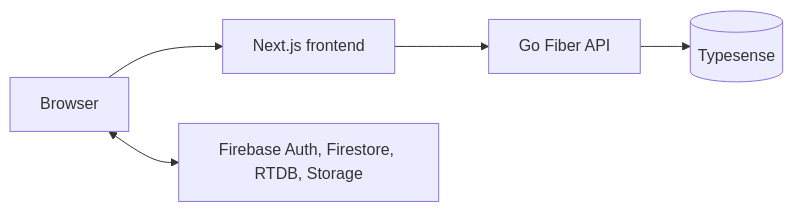
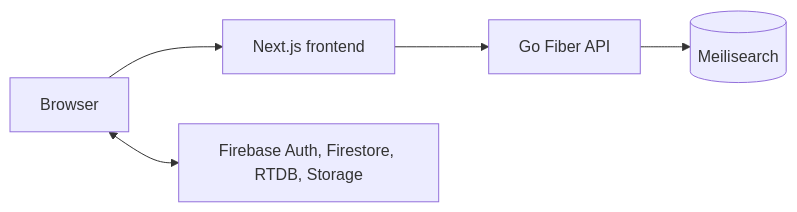
Before and after one commit to andyathsid/convoza: the diagram in README.md, drawn with Mermaid. The commit also changed other lines of this file and 35 other files, not shown here.

````diff
--- a/README.md
+++ b/README.md
@@ -11,7 +11,7 @@
 ```mermaid
 flowchart LR
     Browser[Browser] --> Frontend[Next.js frontend]
     Frontend --> API[Go Fiber API]
     Browser <--> Firebase[Firebase Auth, Firestore, RTDB, Storage]
-    API --> Typesense[(Typesense)]
+    API --> Meilisearch[(Meilisearch)]
 ```
````
